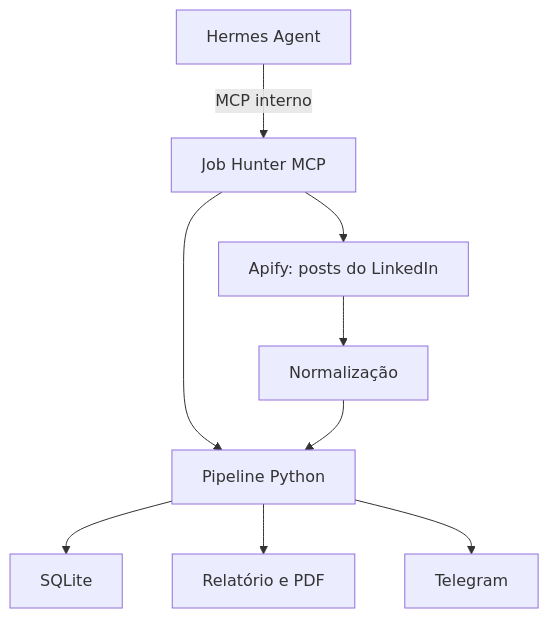
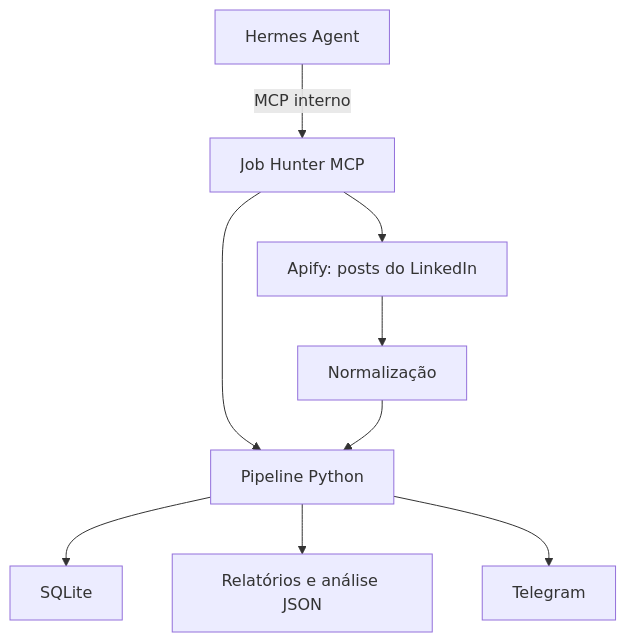
The diagram in docs/spec.md (jvras58/hermes-vagas), drawn with Mermaid before and after one commit. The commit also changed other lines of this file and 17 other files, not shown here.

````diff
--- a/docs/spec.md
+++ b/docs/spec.md
@@ -248,11 +273,11 @@
 ```mermaid
 flowchart TD
     Hermes["Hermes Agent"] -->|"MCP interno"| MCP["Job Hunter MCP"]
     MCP --> Apify["Apify: posts do LinkedIn"]
     MCP --> Pipeline["Pipeline Python"]
     Apify --> Normalizacao["Normalização"]
     Normalizacao --> Pipeline
     Pipeline --> SQLite["SQLite"]
-    Pipeline --> Outputs["Relatório e PDF"]
+    Pipeline --> Outputs["Relatórios e análise JSON"]
     Pipeline --> Telegram["Telegram"]
 ```
````
